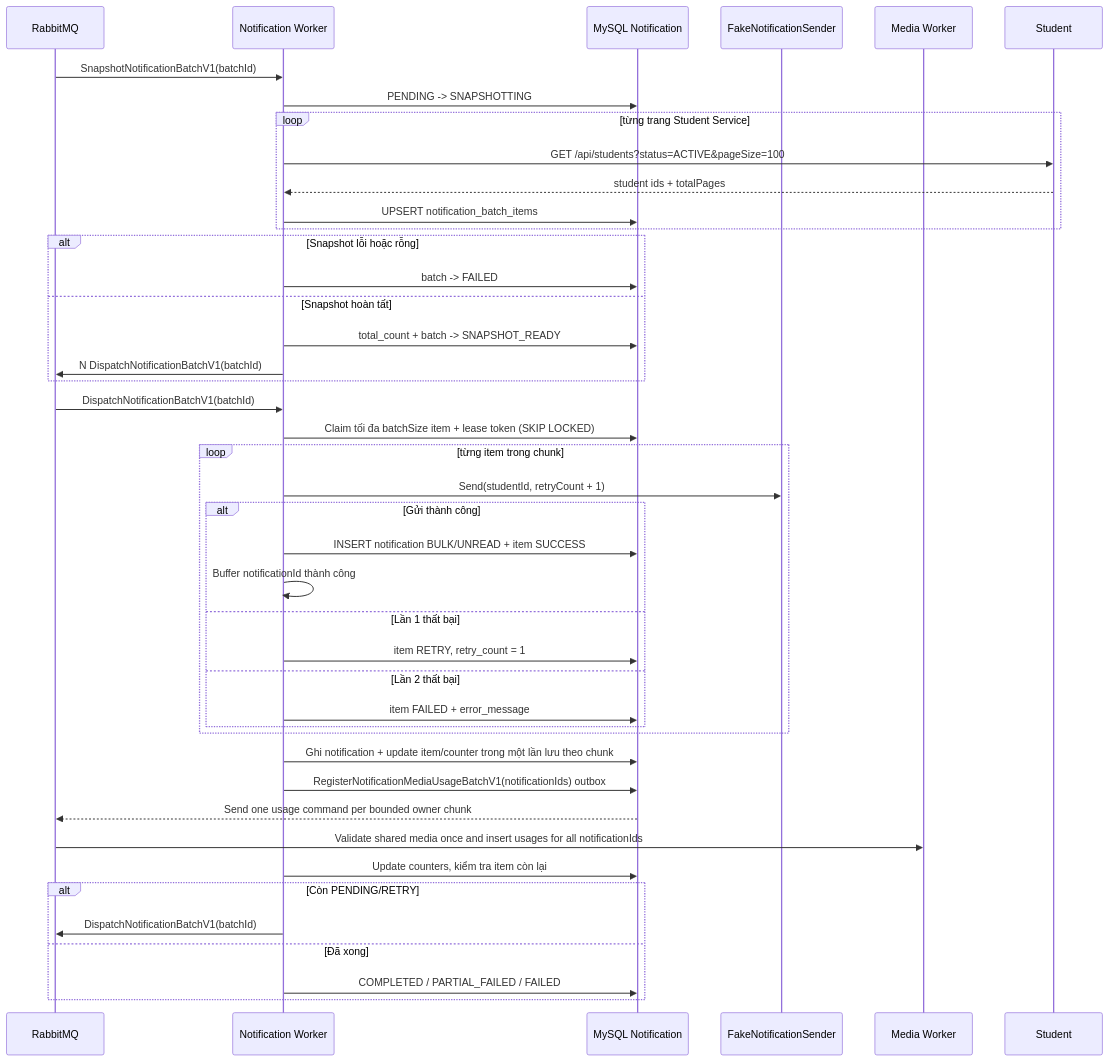
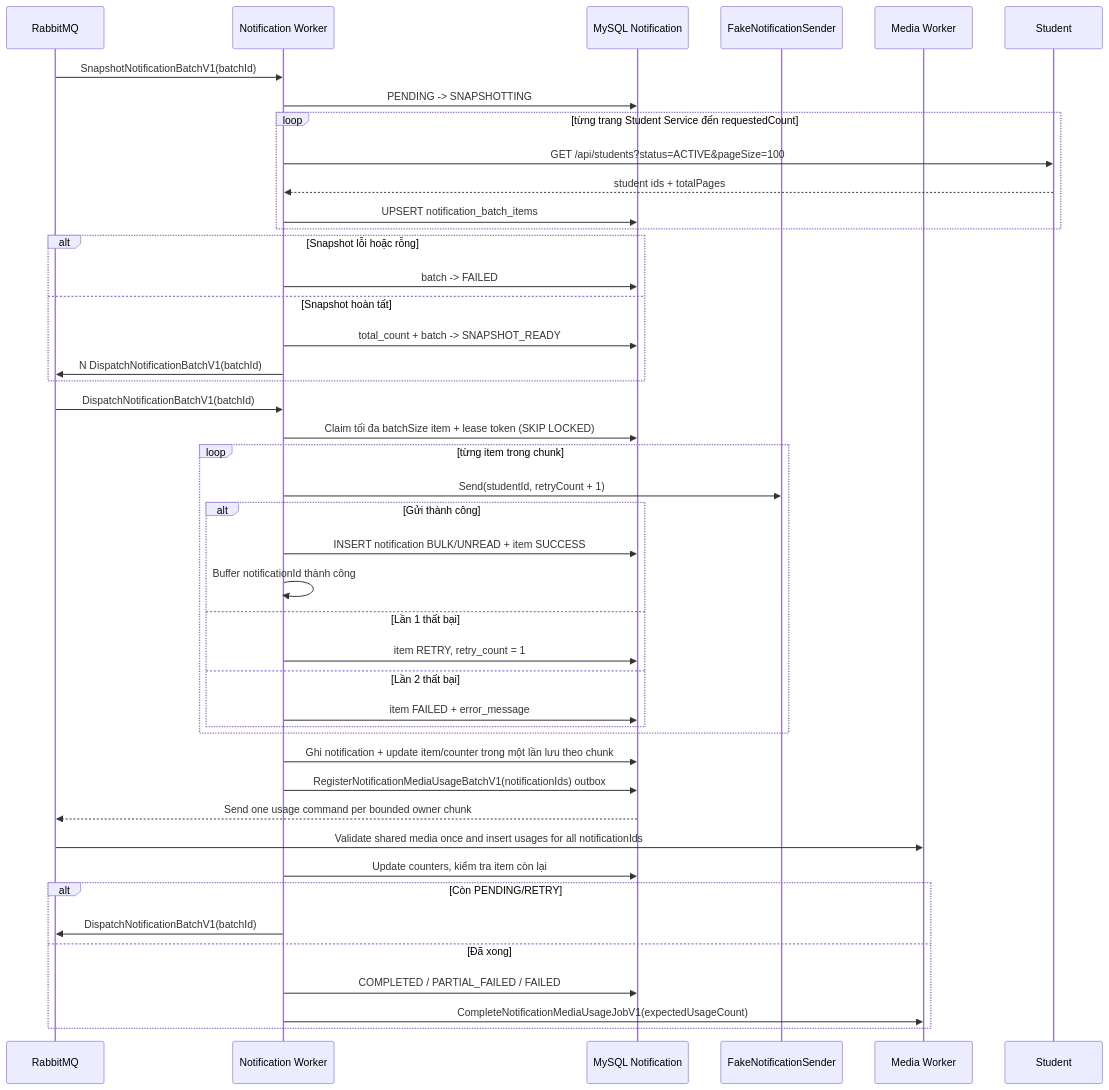
The third of 3 diagrams in ducnm3/docs/business-flows/notifications/bulk-notification.md (Minhduc7904/MiniProjectTrainingKaopiz), drawn with Mermaid before and after one commit. The commit also changed other lines of this file and 142 other files, not shown here.

Commit message:
Hoàn thiện quản lý Notification batch và Media Usage

````diff
--- a/ducnm3/docs/business-flows/notifications/bulk-notification.md
+++ b/ducnm3/docs/business-flows/notifications/bulk-notification.md
@@ -59,45 +60,46 @@
 ```mermaid
 sequenceDiagram
     participant Bus as RabbitMQ
     participant Worker as Notification Worker
     participant DB as MySQL Notification
     participant Sender as FakeNotificationSender
     participant Media as Media Worker
 
     Bus->>Worker: SnapshotNotificationBatchV1(batchId)
     Worker->>DB: PENDING -> SNAPSHOTTING
-    loop từng trang Student Service
+    loop từng trang Student Service đến requestedCount
         Worker->>Student: GET /api/students?status=ACTIVE&pageSize=100
         Student-->>Worker: student ids + totalPages
         Worker->>DB: UPSERT notification_batch_items
     end
     alt Snapshot lỗi hoặc rỗng
         Worker->>DB: batch -> FAILED
     else Snapshot hoàn tất
         Worker->>DB: total_count + batch -> SNAPSHOT_READY
         Worker->>Bus: N DispatchNotificationBatchV1(batchId)
     end
     Bus->>Worker: DispatchNotificationBatchV1(batchId)
     Worker->>DB: Claim tối đa batchSize item + lease token (SKIP LOCKED)
     loop từng item trong chunk
         Worker->>Sender: Send(studentId, retryCount + 1)
         alt Gửi thành công
             Worker->>DB: INSERT notification BULK/UNREAD + item SUCCESS
             Worker->>Worker: Buffer notificationId thành công
         else Lần 1 thất bại
             Worker->>DB: item RETRY, retry_count = 1
         else Lần 2 thất bại
             Worker->>DB: item FAILED + error_message
         end
     end
     Worker->>DB: Ghi notification + update item/counter trong một lần lưu theo chunk
     Worker->>DB: RegisterNotificationMediaUsageBatchV1(notificationIds) outbox
     DB-->>Bus: Send one usage command per bounded owner chunk
     Bus->>Media: Validate shared media once and insert usages for all notificationIds
     Worker->>DB: Update counters, kiểm tra item còn lại
     alt Còn PENDING/RETRY
         Worker->>Bus: DispatchNotificationBatchV1(batchId)
     else Đã xong
         Worker->>DB: COMPLETED / PARTIAL_FAILED / FAILED
+        Worker->>Media: CompleteNotificationMediaUsageJobV1(expectedUsageCount)
     end
 ```
````
